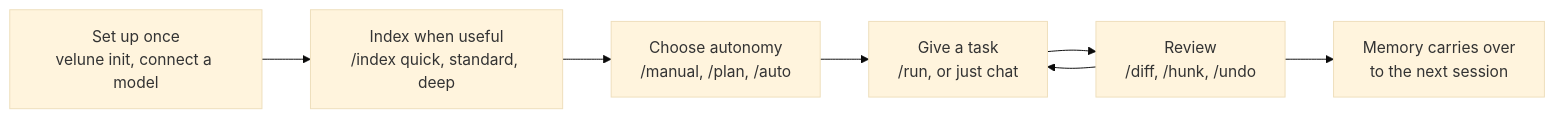
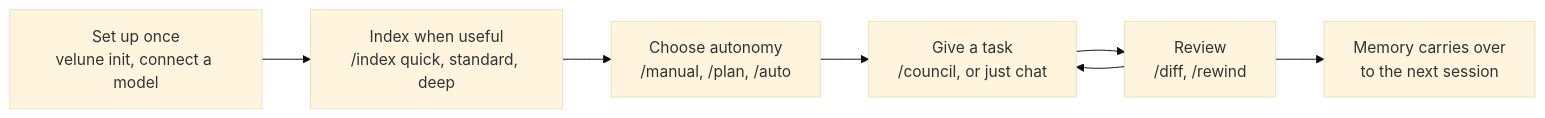
The diagram in docs/usage-guide.md (Surya-Hariharan/Velune-CLI), drawn with Mermaid (base theme) before and after one commit. The commit also changed other lines of this file and 33 other files, not shown here.

````diff
--- a/docs/usage-guide.md
+++ b/docs/usage-guide.md
@@ -36,9 +36,9 @@
 ```mermaid
 flowchart LR
     A["Set up once<br/>velune init, connect a model"] --> B["Index when useful<br/>/index quick, standard, deep"]
     B --> C["Choose autonomy<br/>/manual, /plan, /auto"]
-    C --> D["Give a task<br/>/run, or just chat"]
-    D --> E["Review<br/>/diff, /hunk, /undo"]
+    C --> D["Give a task<br/>/council, or just chat"]
+    D --> E["Review<br/>/diff, /rewind"]
     E --> D
     E --> F["Memory carries over<br/>to the next session"]
 ```
````
